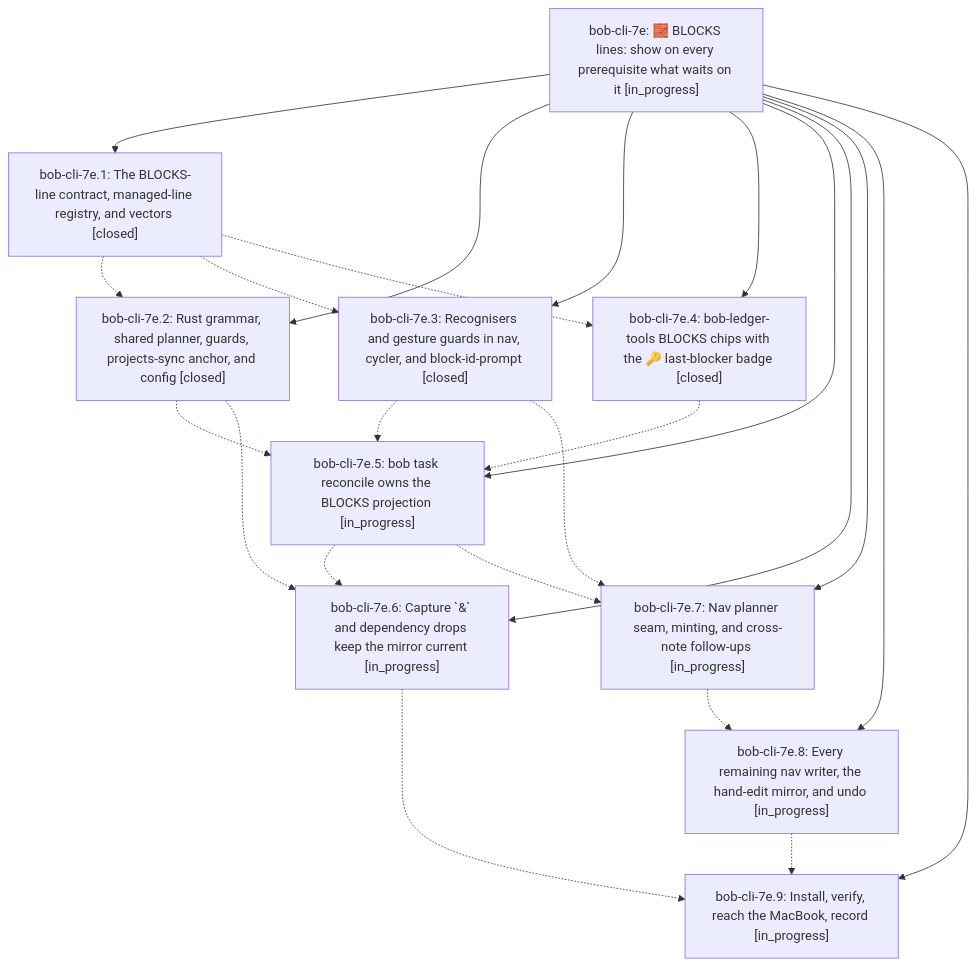
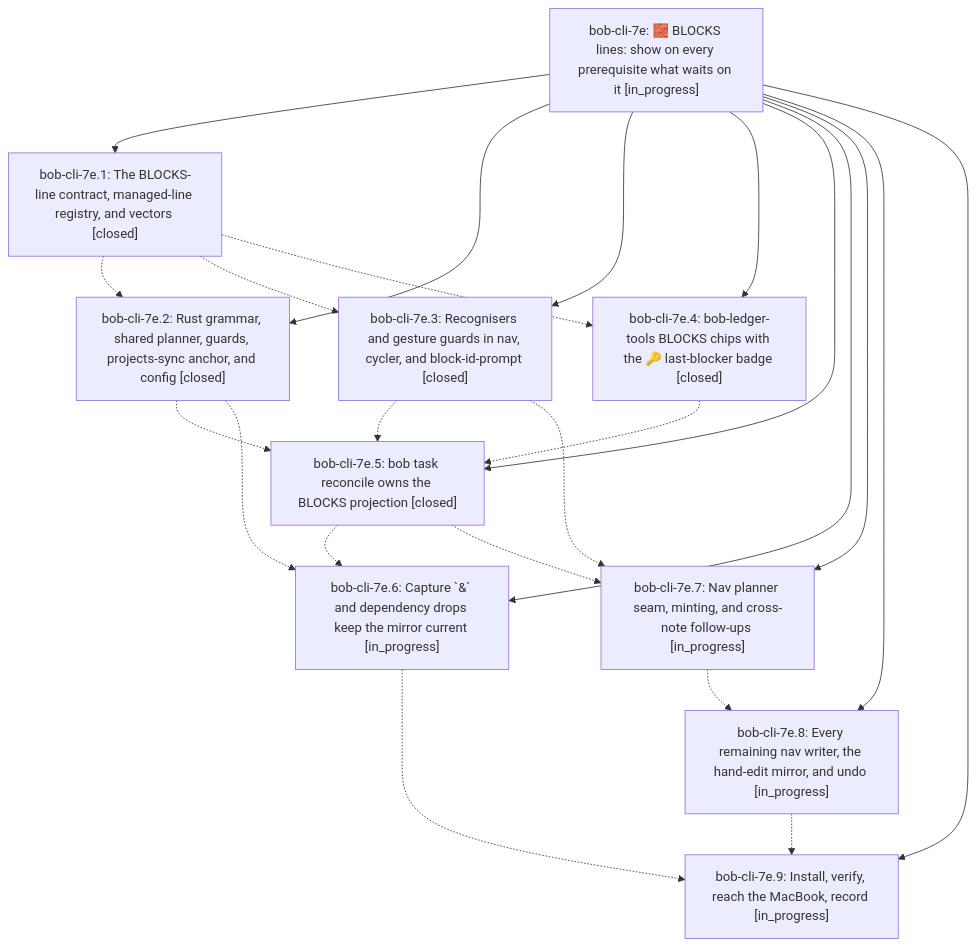
One commit to bobs-org/bob-cli--beads changed the diagram in pages/bob-cli-7e/README.md. Above: the diagram before and after it, drawn with Mermaid. The commit also changed other lines of this file and 6 other files, not shown here.

First line of the commit message:
chore(beads): sync bead state and pages for bob-cli-7e

````diff
--- a/pages/bob-cli-7e/README.md
+++ b/pages/bob-cli-7e/README.md
@@ -42,35 +42,35 @@
 ```mermaid
 flowchart TD
     n0["bob-cli-7e: 🧱 BLOCKS lines: show on every prerequisite what waits on it [in_progress]"]
     n1["bob-cli-7e.1: The BLOCKS-line contract, managed-line registry, and vectors [closed]"]
     n2["bob-cli-7e.2: Rust grammar, shared planner, guards, projects-sync anchor, and config [closed]"]
     n3["bob-cli-7e.3: Recognisers and gesture guards in nav, cycler, and block-id-prompt [closed]"]
     n4["bob-cli-7e.4: bob-ledger-tools BLOCKS chips with the 🔑 last-blocker badge [closed]"]
-    n5["bob-cli-7e.5: bob task reconcile owns the BLOCKS projection [in_progress]"]
+    n5["bob-cli-7e.5: bob task reconcile owns the BLOCKS projection [closed]"]
     n6["bob-cli-7e.6: Capture `&` and dependency drops keep the mirror current [in_progress]"]
     n7["bob-cli-7e.7: Nav planner seam, minting, and cross-note follow-ups [in_progress]"]
     n8["bob-cli-7e.8: Every remaining nav writer, the hand-edit mirror, and undo [in_progress]"]
     n9["bob-cli-7e.9: Install, verify, reach the MacBook, record [in_progress]"]
     n0 --> n1
     n0 --> n2
     n0 --> n3
     n0 --> n4
     n0 --> n5
     n0 --> n6
     n0 --> n7
     n0 --> n8
     n0 --> n9
     n1 -.-> n2
     n1 -.-> n3
     n1 -.-> n4
     n2 -.-> n5
     n2 -.-> n6
     n3 -.-> n5
     n3 -.-> n7
     n4 -.-> n5
     n5 -.-> n6
     n5 -.-> n7
     n6 -.-> n9
     n7 -.-> n8
     n8 -.-> n9
 ```
````
